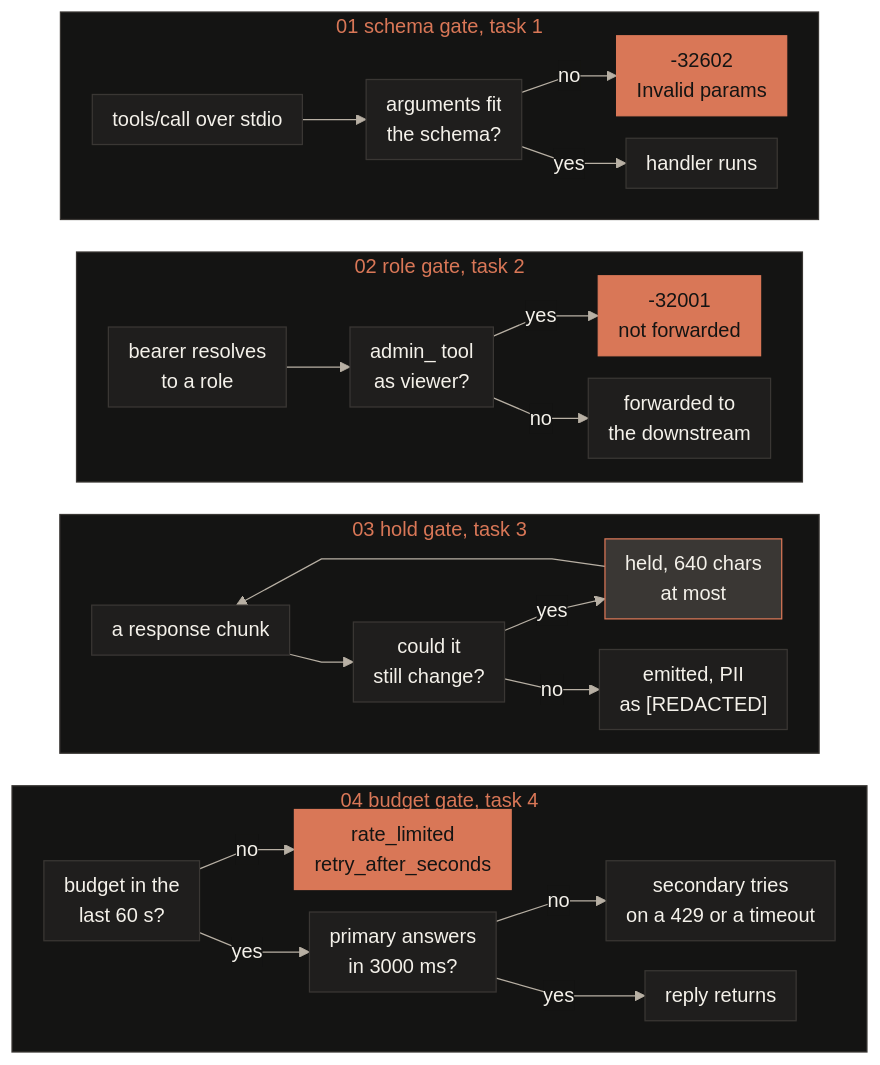
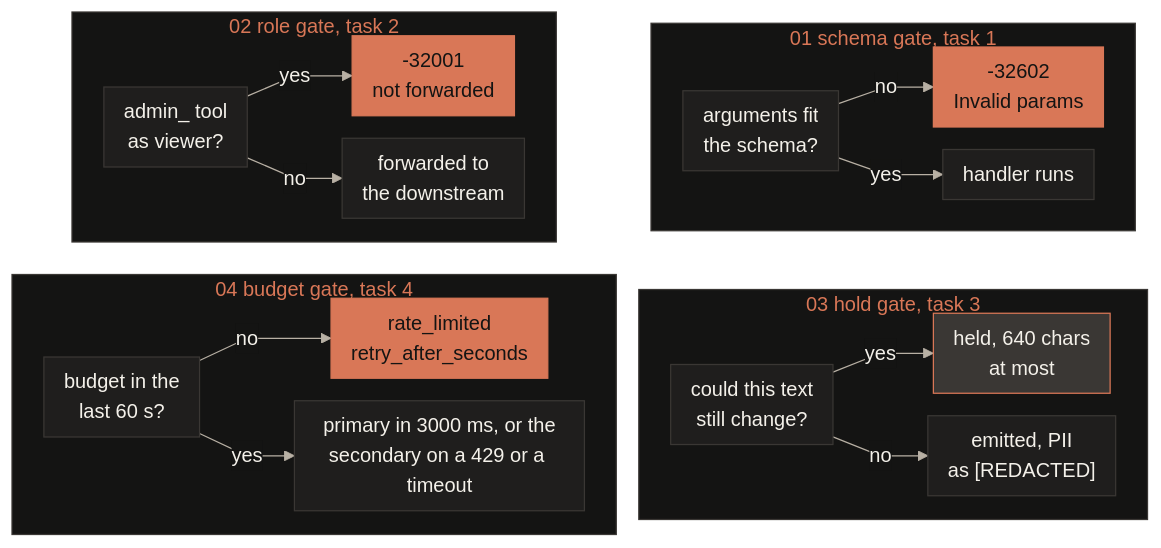
One commit to jameswniu/quilr-fde-assessment changed the diagram in README.md. Above: the diagram before and after it, drawn with Mermaid. The commit also changed 1 other file, not shown here.

Commit message:
Fold the mermaid into a two by two grid of two-rank lanes

````diff
--- a/README.md
+++ b/README.md
@@ -142,36 +142,30 @@
 ```mermaid
 %%{init: {"theme": "base", "themeVariables": {"primaryColor": "#1F1E1D", "primaryTextColor": "#F4F1EA", "primaryBorderColor": "#3A3734", "lineColor": "#B8B0A4", "textColor": "#F4F1EA", "clusterBkg": "#141413", "clusterBorder": "#3A3734", "titleColor": "#D97757", "edgeLabelBackground": "#141413", "fontSize": "16px"}, "flowchart": {"curve": "linear", "nodeSpacing": 18, "rankSpacing": 26, "padding": 8}}}%%
 flowchart TB
   subgraph S1["01 schema gate, task 1"]
     direction LR
-    A1["tools/call over stdio"] --> A2["arguments fit<br/>the schema?"]
-    A2 -- no --> A3["-32602<br/>Invalid params"]
+    A2["arguments fit<br/>the schema?"] -- no --> A3["-32602<br/>Invalid params"]
     A2 -- yes --> A4["handler runs"]
   end
   subgraph S2["02 role gate, task 2"]
     direction LR
-    B1["bearer resolves<br/>to a role"] --> B2["admin_ tool<br/>as viewer?"]
-    B2 -- yes --> B3["-32001<br/>not forwarded"]
+    B2["admin_ tool<br/>as viewer?"] -- yes --> B3["-32001<br/>not forwarded"]
     B2 -- no --> B4["forwarded to<br/>the downstream"]
   end
   subgraph S3["03 hold gate, task 3"]
     direction LR
-    C1["a response chunk"] --> C2["could it<br/>still change?"]
-    C2 -- yes --> C3["held, 640 chars<br/>at most"]
-    C3 --> C1
+    C2["could this text<br/>still change?"] -- yes --> C3["held, 640 chars<br/>at most"]
     C2 -- no --> C4["emitted, PII<br/>as [REDACTED]"]
   end
   subgraph S4["04 budget gate, task 4"]
     direction LR
-    D2["budget in the<br/>last 60 s?"]
-    D2 -- no --> D3["rate_limited<br/>retry_after_seconds"]
-    D2 -- yes --> D4["primary answers<br/>in 3000 ms?"]
-    D4 -- no --> D5["secondary tries<br/>on a 429 or a timeout"]
-    D4 -- yes --> D6["reply returns"]
+    D2["budget in the<br/>last 60 s?"] -- no --> D3["rate_limited<br/>retry_after_seconds"]
+    D2 -- yes --> D4["primary in 3000 ms, or the<br/>secondary on a 429 or a timeout"]
   end
-  S1 ~~~ S2 ~~~ S3 ~~~ S4
+  S1 ~~~ S3
+  S2 ~~~ S4
   classDef stop fill:#D97757,stroke:#D97757,color:#141413
   classDef hold fill:#3A3734,stroke:#D97757,color:#F4F1EA
   class A3,B3,D3 stop
   class C3 hold
 ```
````
